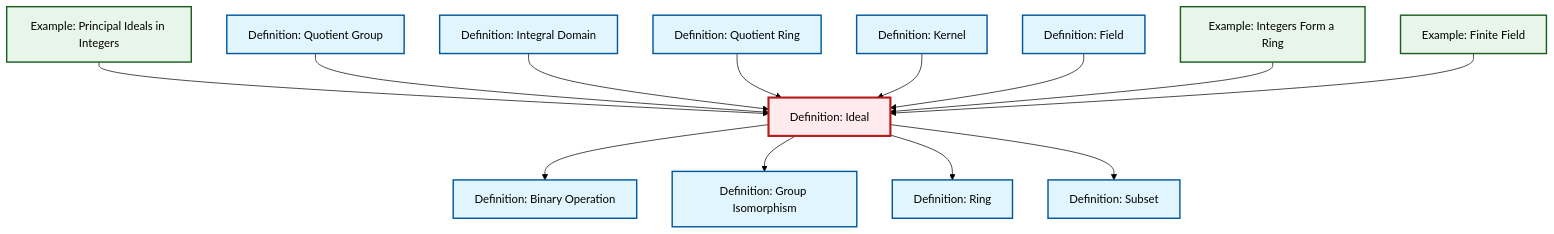
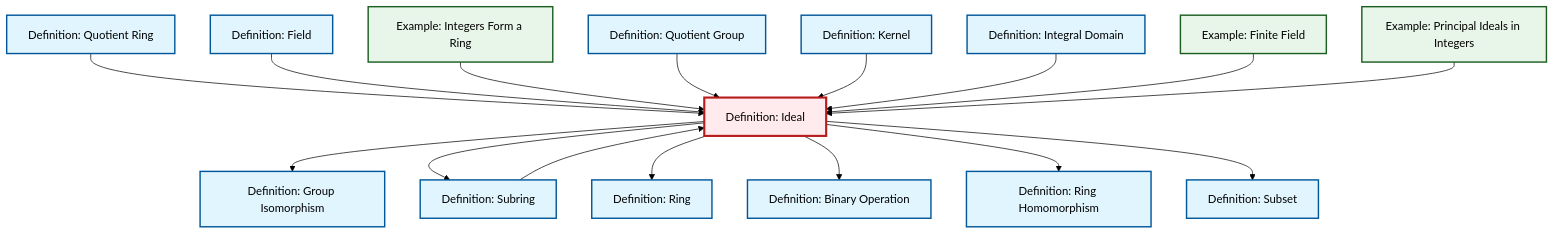
One commit to RK0429/ModernMath changed the diagram in content/ja/algebra/def-ideal.qmd. Above: the diagram before and after it, drawn with Mermaid (forest theme). The commit also changed other lines of this file and 619 other files, not shown here.

````diff
--- a/content/ja/algebra/def-ideal.qmd
+++ b/content/ja/algebra/def-ideal.qmd
@@ -83,47 +84,54 @@
 ```{mermaid}
 %%| fig-cap: "Local dependency graph"
 graph TD
     classDef definition fill:#e1f5fe,stroke:#01579b,stroke-width:2px
     classDef theorem fill:#f3e5f5,stroke:#4a148c,stroke-width:2px
     classDef axiom fill:#fff3e0,stroke:#e65100,stroke-width:2px
     classDef example fill:#e8f5e9,stroke:#1b5e20,stroke-width:2px
     classDef current fill:#ffebee,stroke:#b71c1c,stroke-width:3px
-    def-subset["Definition: Subset"]:::definition
+    def-binary-operation["Definition: Binary Operation"]:::definition
+    def-integral-domain["Definition: Integral Domain"]:::definition
     ex-finite-field["Example: Finite Field"]:::example
-    def-integral-domain["Definition: Integral Domain"]:::definition
+    def-ring-homomorphism["Definition: Ring Homomorphism"]:::definition
+    def-kernel["Definition: Kernel"]:::definition
     def-ideal["Definition: Ideal"]:::definition
+    ex-integers-ring["Example: Integers Form a Ring"]:::example
+    def-quotient-group["Definition: Quotient Group"]:::definition
     def-isomorphism["Definition: Group Isomorphism"]:::definition
+    def-subring["Definition: Subring"]:::definition
     ex-principal-ideal["Example: Principal Ideals in Integers"]:::example
     def-quotient-ring["Definition: Quotient Ring"]:::definition
+    def-subset["Definition: Subset"]:::definition
+    def-field["Definition: Field"]:::definition
     def-ring["Definition: Ring"]:::definition
-    def-kernel["Definition: Kernel"]:::definition
-    def-field["Definition: Field"]:::definition
-    def-quotient-group["Definition: Quotient Group"]:::definition
-    ex-integers-ring["Example: Integers Form a Ring"]:::example
-    def-binary-operation["Definition: Binary Operation"]:::definition
-    ex-principal-ideal --> def-ideal
+    def-ideal --> def-isomorphism
+    def-quotient-ring --> def-ideal
+    def-field --> def-ideal
+    def-ideal --> def-subring
+    ex-integers-ring --> def-ideal
+    def-subring --> def-ideal
+    def-ideal --> def-ring
     def-quotient-group --> def-ideal
     def-ideal --> def-binary-operation
-    def-ideal --> def-isomorphism
+    def-kernel --> def-ideal
     def-integral-domain --> def-ideal
-    def-quotient-ring --> def-ideal
-    def-kernel --> def-ideal
-    def-ideal --> def-ring
-    def-field --> def-ideal
-    ex-integers-ring --> def-ideal
     ex-finite-field --> def-ideal
+    def-ideal --> def-ring-homomorphism
     def-ideal --> def-subset
+    ex-principal-ideal --> def-ideal
     class def-ideal current
-    click def-subset "def-subset.html" "Definition: Subsetへ"
+    click def-binary-operation "def-binary-operation.html" "Definition: Binary Operationへ"
+    click def-integral-domain "def-integral-domain.html" "Definition: Integral Domainへ"
     click ex-finite-field "ex-finite-field.html" "Example: Finite Fieldへ"
-    click def-integral-domain "def-integral-domain.html" "Definition: Integral Domainへ"
+    click def-ring-homomorphism "def-ring-homomorphism.html" "Definition: Ring Homomorphismへ"
+    click def-kernel "def-kernel.html" "Definition: Kernelへ"
+    click ex-integers-ring "ex-integers-ring.html" "Example: Integers Form a Ringへ"
+    click def-quotient-group "def-quotient-group.html" "Definition: Quotient Groupへ"
     click def-isomorphism "def-isomorphism.html" "Definition: Group Isomorphismへ"
+    click def-subring "def-subring.html" "Definition: Subringへ"
     click ex-principal-ideal "ex-principal-ideal.html" "Example: Principal Ideals in Integersへ"
     click def-quotient-ring "def-quotient-ring.html" "Definition: Quotient Ringへ"
+    click def-subset "def-subset.html" "Definition: Subsetへ"
+    click def-field "def-field.html" "Definition: Fieldへ"
     click def-ring "def-ring.html" "Definition: Ringへ"
-    click def-kernel "def-kernel.html" "Definition: Kernelへ"
-    click def-field "def-field.html" "Definition: Fieldへ"
-    click def-quotient-group "def-quotient-group.html" "Definition: Quotient Groupへ"
-    click ex-integers-ring "ex-integers-ring.html" "Example: Integers Form a Ringへ"
-    click def-binary-operation "def-binary-operation.html" "Definition: Binary Operationへ"
 ```
````
